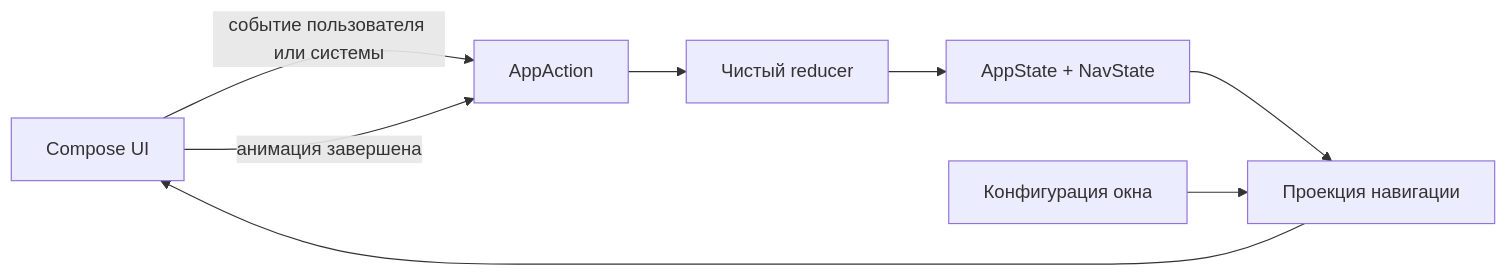
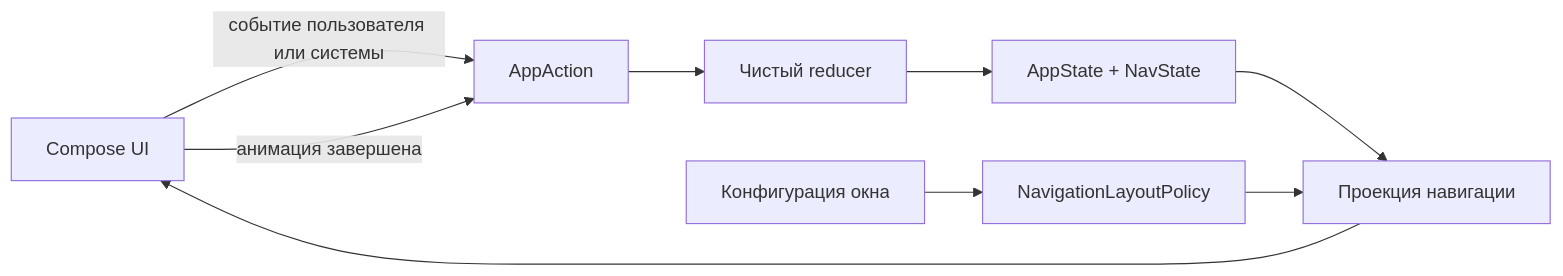
Before and after one commit to senneco/udf-sandbox: the diagram in README.md, drawn with Mermaid. The commit also changed other lines of this file and 4 other files, not shown here.

````diff
--- a/README.md
+++ b/README.md
@@ -38,10 +38,11 @@
 ```mermaid
 flowchart LR
     UI["Compose UI"] -->|"событие пользователя или системы"| Action["AppAction"]
     Action --> Reducer["Чистый reducer"]
     Reducer --> State["AppState + NavState"]
     State --> Projection["Проекция навигации"]
-    Window["Конфигурация окна"] --> Projection
+    Window["Конфигурация окна"] --> Policy["NavigationLayoutPolicy"]
+    Policy --> Projection
     Projection --> UI
     UI -->|"анимация завершена"| Action
 ```
````
